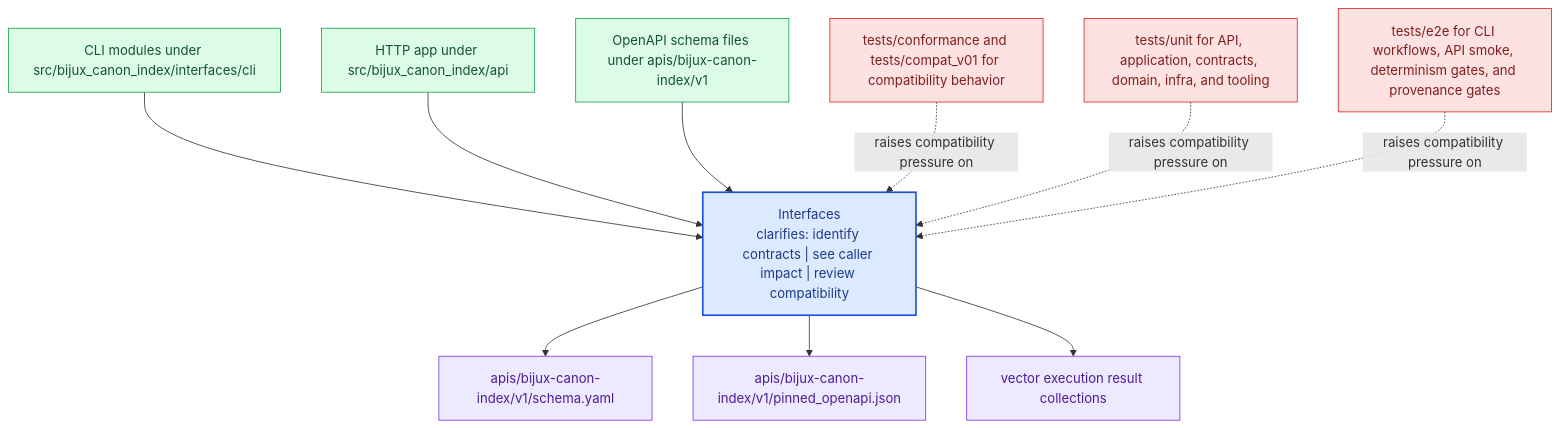
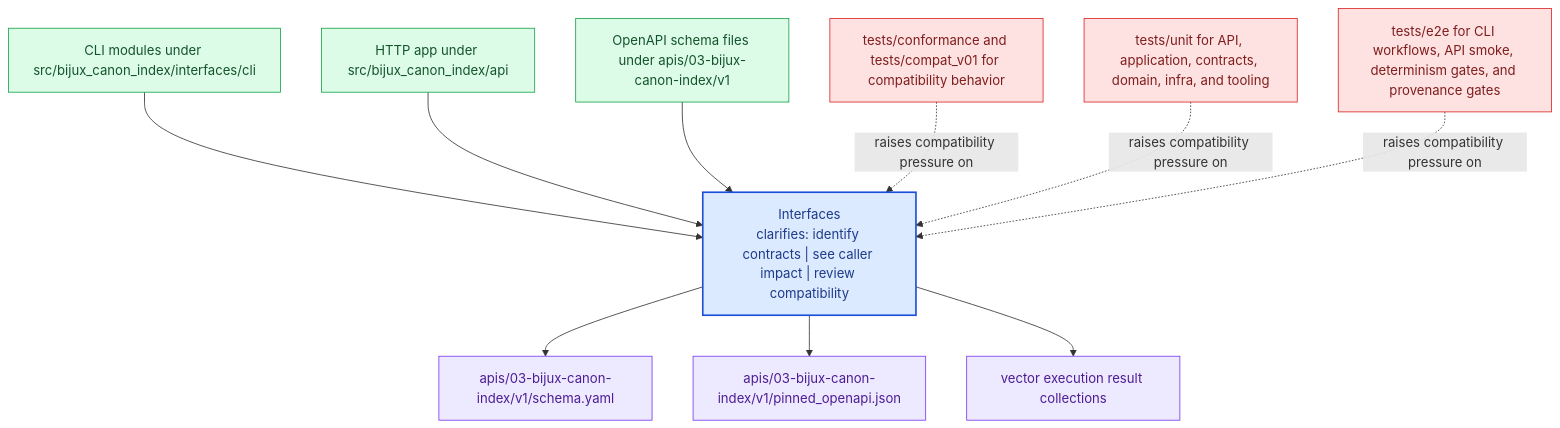
Before and after one commit to bijux/bijux-canon: the diagram in docs/03-bijux-canon-index/interfaces/index.md, drawn with Mermaid. The commit also changed other lines of this file and 167 other files, not shown here.

````diff
--- a/docs/03-bijux-canon-index/interfaces/index.md
+++ b/docs/03-bijux-canon-index/interfaces/index.md
@@ -20,31 +20,31 @@
 ```mermaid
 flowchart TB
     page["Interfaces<br/>clarifies: identify contracts | see caller impact | review compatibility"]
     classDef page fill:#dbeafe,stroke:#1d4ed8,color:#1e3a8a,stroke-width:2px;
     classDef positive fill:#dcfce7,stroke:#16a34a,color:#14532d;
     classDef caution fill:#fee2e2,stroke:#dc2626,color:#7f1d1d;
     classDef anchor fill:#ede9fe,stroke:#7c3aed,color:#4c1d95;
     classDef action fill:#fef3c7,stroke:#d97706,color:#7c2d12;
     surface1["CLI modules under src/bijux_canon_index/interfaces/cli"]
     surface1 --> page
     surface2["HTTP app under src/bijux_canon_index/api"]
     surface2 --> page
-    surface3["OpenAPI schema files under apis/bijux-canon-index/v1"]
+    surface3["OpenAPI schema files under apis/03-bijux-canon-index/v1"]
     surface3 --> page
-    proof1["apis/bijux-canon-index/v1/schema.yaml"]
+    proof1["apis/03-bijux-canon-index/v1/schema.yaml"]
     page --> proof1
-    proof2["apis/bijux-canon-index/v1/pinned_openapi.json"]
+    proof2["apis/03-bijux-canon-index/v1/pinned_openapi.json"]
     page --> proof2
     proof3["vector execution result collections"]
     page --> proof3
     review1["tests/conformance and tests/compat_v01 for compatibility behavior"]
     review1 -.raises compatibility pressure on.-> page
     review2["tests/unit for API, application, contracts, domain, infra, and tooling"]
     review2 -.raises compatibility pressure on.-> page
     review3["tests/e2e for CLI workflows, API smoke, determinism gates, and provenance gates"]
     review3 -.raises compatibility pressure on.-> page
     class page page;
     class surface1,surface2,surface3 positive;
     class proof1,proof2,proof3 anchor;
     class review1,review2,review3 caution;
 ```
````
